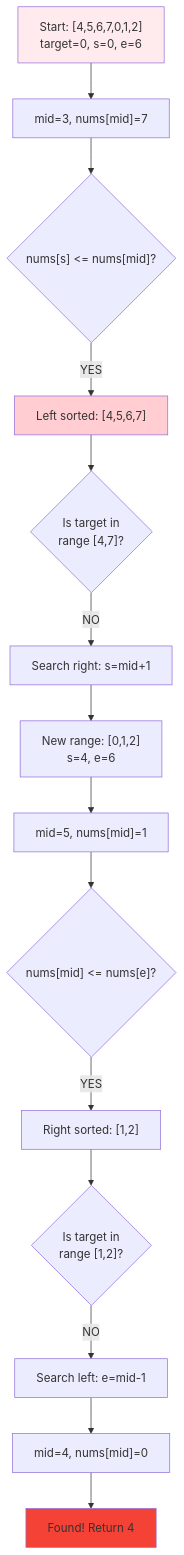
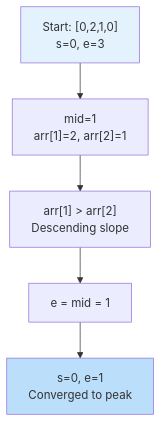
The fourth of 13 diagrams in README.md (LuckyLongre123/README_RUNNER), drawn with Mermaid before and after one commit. The commit also changed other lines of this file, not shown here.

````diff
--- a/README.md
+++ b/README.md
@@ -112,20 +127,10 @@
 ```mermaid
 flowchart TD
-    A["Start: [4,5,6,7,0,1,2]<br/>target=0, s=0, e=6"] --> B["mid=3, nums[mid]=7"]
-    B --> C{"nums[s] <= nums[mid]?"}
-    C -->|YES| D["Left sorted: [4,5,6,7]"]
-    D --> E{"Is target in<br/>range [4,7]?"}
-    E -->|NO| F["Search right: s=mid+1"]
-    F --> G["New range: [0,1,2]<br/>s=4, e=6"]
-    G --> H["mid=5, nums[mid]=1"]
-    H --> I{"nums[mid] <= nums[e]?"}
-    I -->|YES| J["Right sorted: [1,2]"]
-    J --> K{"Is target in<br/>range [1,2]?"}
-    K -->|NO| L["Search left: e=mid-1"]
-    L --> M["mid=4, nums[mid]=0"]
-    M --> N["Found! Return 4"]
+    A["Start: [0,2,1,0]<br/>s=0, e=3"] --> B["mid=1<br/>arr[1]=2, arr[2]=1"]
+    B --> C["arr[1] > arr[2]<br/>Descending slope"]
+    C --> D["e = mid = 1"]
+    D --> E["s=0, e=1<br/>Converged to peak"]
     
-    style A fill:#ffebee
-    style D fill:#ffcdd2
-    style N fill:#f44336
+    style A fill:#e3f2fd
+    style E fill:#bbdefb
 ```
````
